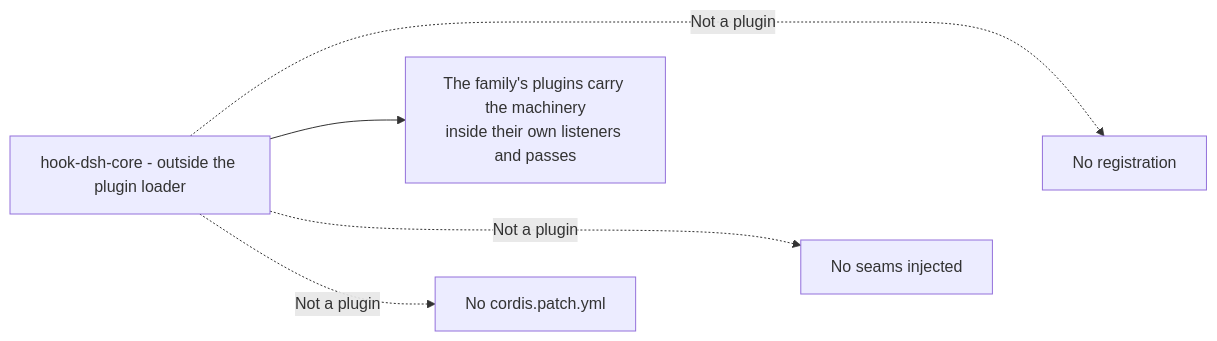
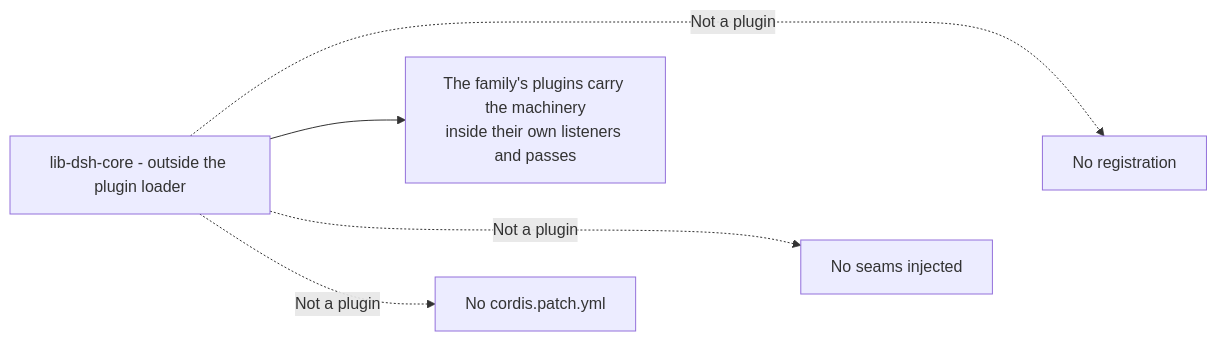
The diagram in Source/Content/Mermaid/core-seam-none.mmd (PlayForm/Site-DeepSeek), drawn with Mermaid before and after one commit. The commit also changed 161 other files, not shown here.

```diff
--- a/Source/Content/Mermaid/core-seam-none.mmd
+++ b/Source/Content/Mermaid/core-seam-none.mmd
@@ -1,13 +1,13 @@
 flowchart LR
-	CORE["hook-dsh-core - outside the plugin loader"]
+	CORE["lib-dsh-core - outside the plugin loader"]
 	NP["No cordis.patch.yml"]
 	NS["No seams injected"]
 	NR["No registration"]
 	CAR["The family's plugins carry the machinery<br/>inside their own listeners and passes"]
 	CORE -. "Not a plugin" .-> NP
 	CORE -. "Not a plugin" .-> NS
 	CORE -. "Not a plugin" .-> NR
 	CORE --> CAR
 	%% Invisible layout links only - no semantics.
 	NP ~~~ NS
 	NS ~~~ NR
```
